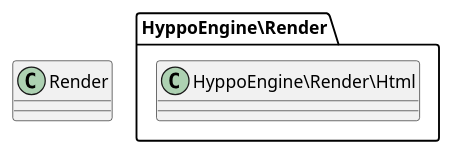
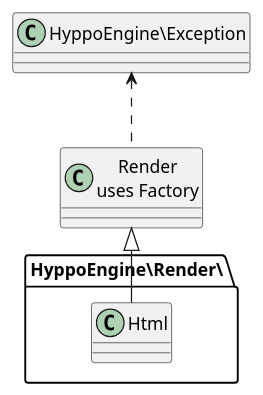
Before and after one commit to inutcin/hyppo-engine: the diagram in docs/classes/wsd/Render.package.wsd, drawn with PlantUML. The commit also changed 30 other files, not shown here.

```diff
--- a/docs/classes/wsd/Render.package.wsd
+++ b/docs/classes/wsd/Render.package.wsd
@@ -1,6 +1,11 @@
-class Render {
+class HyppoEngine\Render as "Render\nuses Factory" {
 }
-package HyppoEngine\Render {
-    class HyppoEngine\Render\Html {
+
+HyppoEngine\Render .up.> HyppoEngine\Exception
+
+
+package HyppoEngine\Render\ {
+    class HyppoEngine\Render\Html as "Html" {
     }
+    HyppoEngine\Render\Html -up-|> HyppoEngine\Render
 }
```
